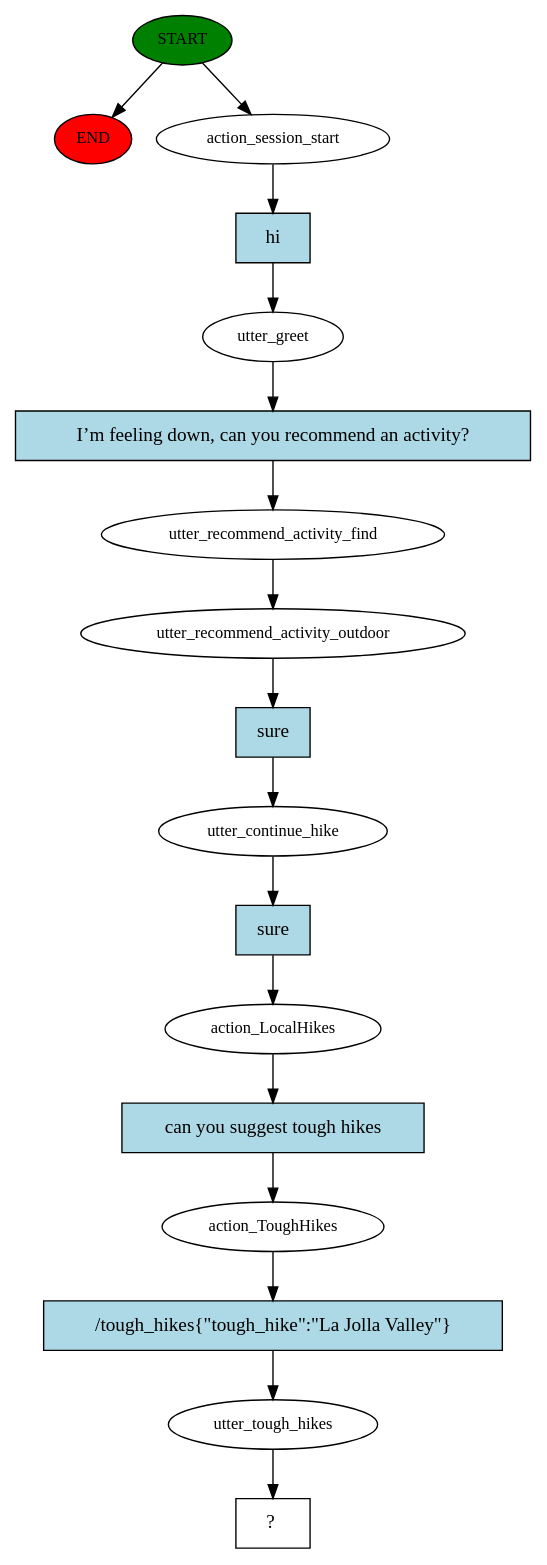
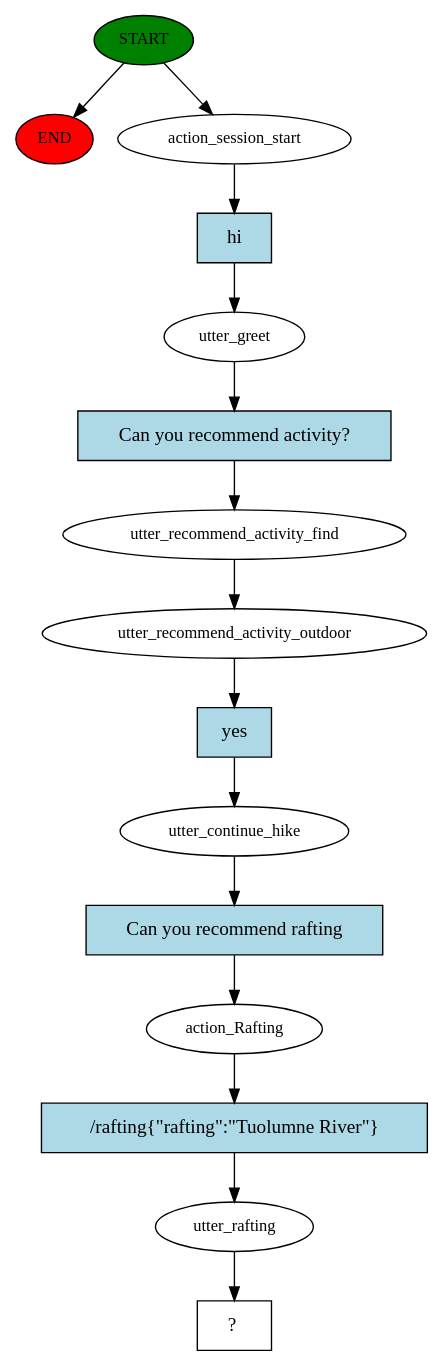
Before and after one commit to lakshmi25npathi/Companion-Bot: the diagram in story_graph.dot, drawn with Graphviz. The commit also changed 38 other files, not shown here.

Commit message:
recommend activity stories

```diff
--- a/story_graph.dot
+++ b/story_graph.dot
@@ -1,35 +1,31 @@
 digraph  {
 0 [class="start active", fillcolor=green, fontsize=12, label=START, style=filled];
 "-1" [class=end, fillcolor=red, fontsize=12, label=END, style=filled];
 1 [class=active, fontsize=12, label=action_session_start];
 2 [class=active, fontsize=12, label=utter_greet];
 3 [class=active, fontsize=12, label=utter_recommend_activity_find];
 4 [class=active, fontsize=12, label=utter_recommend_activity_outdoor];
 5 [class=active, fontsize=12, label=utter_continue_hike];
-6 [class=active, fontsize=12, label=action_LocalHikes];
-7 [class=active, fontsize=12, label=action_ToughHikes];
-8 [class=active, fontsize=12, label=utter_tough_hikes];
-9 [class="intent dashed active", label="  ?  ", shape=rect];
-10 [class="intent active", fillcolor=lightblue, label=hi, shape=rect, style=filled];
-11 [class="intent active", fillcolor=lightblue, label="I’m feeling down, can you recommend an activity?", shape=rect, style=filled];
-12 [class="intent active", fillcolor=lightblue, label=sure, shape=rect, style=filled];
-13 [class="intent active", fillcolor=lightblue, label=sure, shape=rect, style=filled];
-14 [class="intent active", fillcolor=lightblue, label="can you suggest tough hikes", shape=rect, style=filled];
-15 [class="intent active", fillcolor=lightblue, label="/tough_hikes{\"tough_hike\":\"La Jolla Valley\"}", shape=rect, style=filled];
+6 [class=active, fontsize=12, label=action_Rafting];
+7 [class=active, fontsize=12, label=utter_rafting];
+8 [class="intent dashed active", label="  ?  ", shape=rect];
+9 [class="intent active", fillcolor=lightblue, label=hi, shape=rect, style=filled];
+10 [class="intent active", fillcolor=lightblue, label="Can you recommend activity?", shape=rect, style=filled];
+11 [class="intent active", fillcolor=lightblue, label=yes, shape=rect, style=filled];
+12 [class="intent active", fillcolor=lightblue, label="Can you recommend rafting", shape=rect, style=filled];
+13 [class="intent active", fillcolor=lightblue, label="/rafting{\"rafting\":\"Tuolumne River\"}", shape=rect, style=filled];
 0 -> "-1"  [class="", key=NONE, label=""];
 0 -> 1  [class=active, key=NONE, label=""];
-1 -> 10  [class=active, key=0];
-2 -> 11  [class=active, key=0];
+1 -> 9  [class=active, key=0];
+2 -> 10  [class=active, key=0];
 3 -> 4  [class=active, key=NONE, label=""];
-4 -> 12  [class=active, key=0];
-5 -> 13  [class=active, key=0];
-6 -> 14  [class=active, key=0];
-7 -> 15  [class=active, key=0];
-8 -> 9  [class=active, key=NONE, label=""];
-10 -> 2  [class=active, key=0];
-11 -> 3  [class=active, key=0];
-12 -> 5  [class=active, key=0];
-13 -> 6  [class=active, key=0];
-14 -> 7  [class=active, key=0];
-15 -> 8  [class=active, key=0];
+4 -> 11  [class=active, key=0];
+5 -> 12  [class=active, key=0];
+6 -> 13  [class=active, key=0];
+7 -> 8  [class=active, key=NONE, label=""];
+9 -> 2  [class=active, key=0];
+10 -> 3  [class=active, key=0];
+11 -> 5  [class=active, key=0];
+12 -> 6  [class=active, key=0];
+13 -> 7  [class=active, key=0];
 }
```
